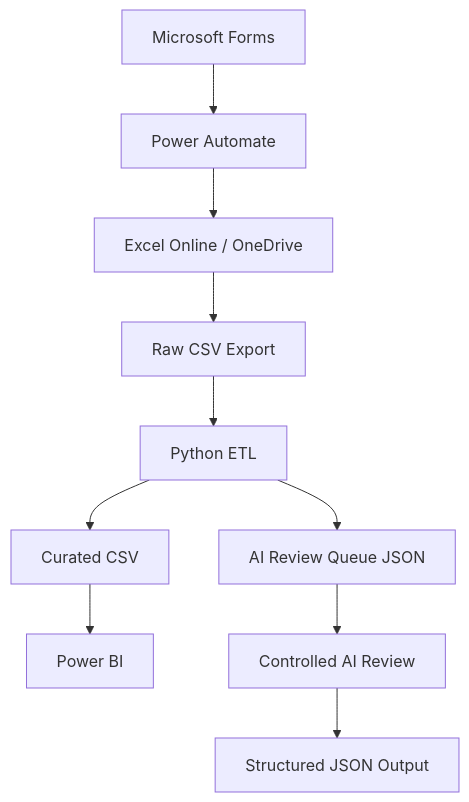
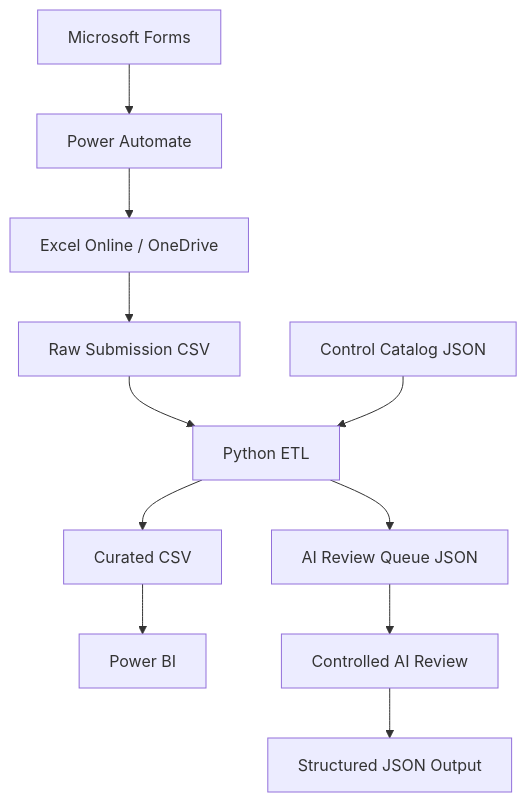
The first of 2 diagrams in docs/architecture.md (gw-ai-security/cyber-governance-automation-lab), drawn with Mermaid before and after one commit. The commit also changed other lines of this file and 5 other files, not shown here.

````diff
--- a/docs/architecture.md
+++ b/docs/architecture.md
@@ -11,12 +11,13 @@
 ```mermaid
 flowchart TD
     A[Microsoft Forms] --> B[Power Automate]
     B --> C[Excel Online / OneDrive]
-    C --> D[Raw CSV Export]
-    D --> E[Python ETL]
-    E --> F[Curated CSV]
-    F --> G[Power BI]
-    E --> H[AI Review Queue JSON]
-    H --> I[Controlled AI Review]
-    I --> J[Structured JSON Output]
+    C --> D[Raw Submission CSV]
+    D --> F[Python ETL]
+    E[Control Catalog JSON] --> F
+    F --> G[Curated CSV]
+    G --> H[Power BI]
+    F --> I[AI Review Queue JSON]
+    I --> J[Controlled AI Review]
+    J --> K[Structured JSON Output]
 ```
````
